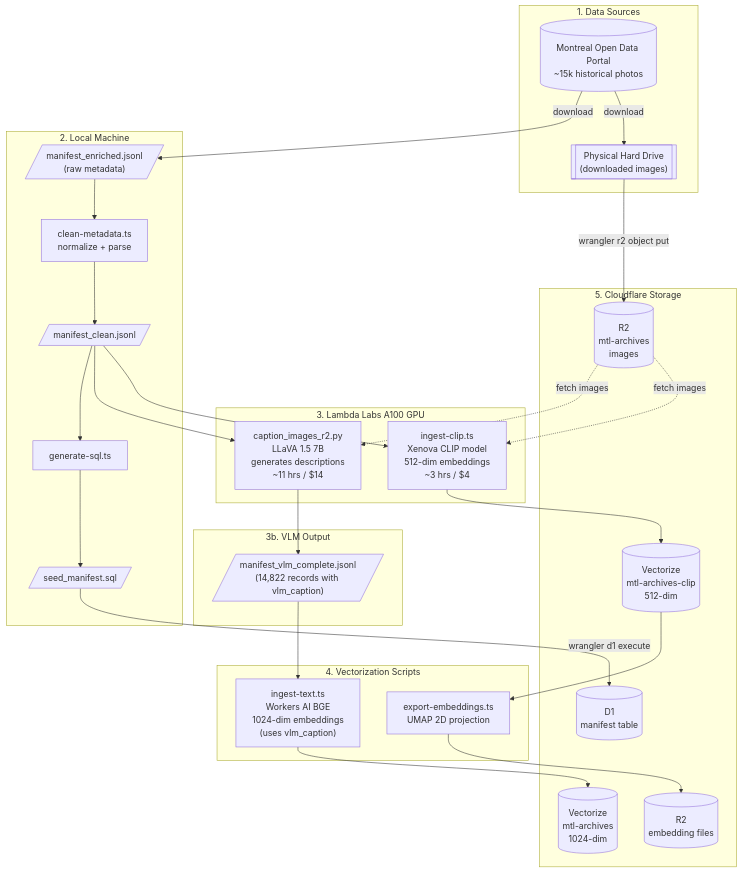
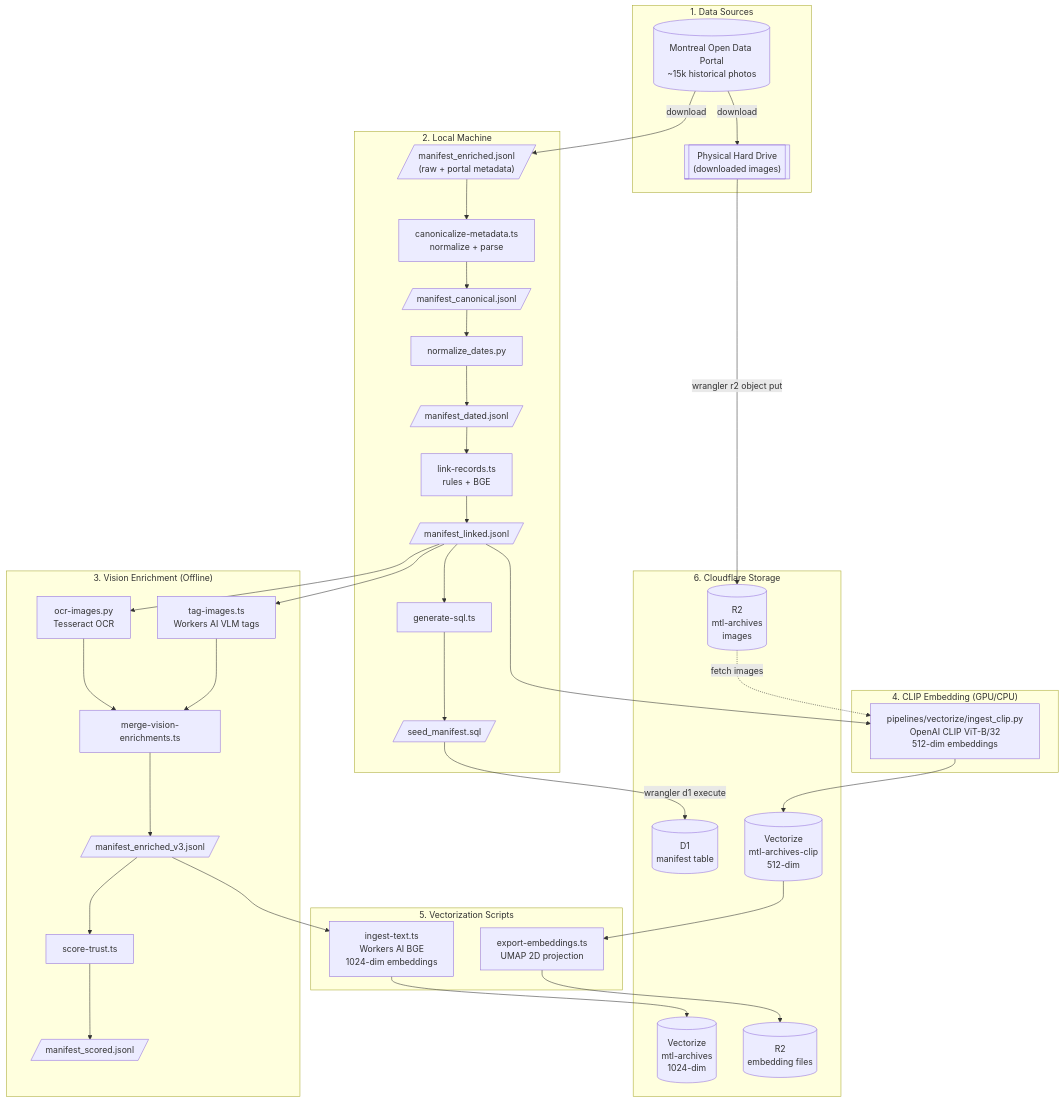
The diagram in docs/architecture.mmd (zouantchaw/mtl-archives-search), drawn with Mermaid before and after one commit. The commit also changed 1 other file, not shown here.

Commit message:
Update architecture docs for vision enrichment

```diff
--- a/docs/architecture.mmd
+++ b/docs/architecture.mmd
@@ -1,68 +1,76 @@
 %% MTL Archives Search - System Architecture
 %% Render each section separately in a Mermaid viewer
 
 %% ============================================
 %% DIAGRAM 1: ONE-TIME DATA PIPELINE
 %% ============================================
 %% Copy from "flowchart TB" to the "---" separator
 
 flowchart TB
     subgraph Sources["1. Data Sources"]
         PORTAL[("Montreal Open Data Portal<br/>~15k historical photos")]
         HDD[["Physical Hard Drive<br/>(downloaded images)"]]
     end
 
     subgraph LocalMachine["2. Local Machine"]
-        MANIFEST[/"manifest_enriched.jsonl<br/>(raw metadata)"/]
-        CLEAN["clean-metadata.ts<br/>normalize + parse"]
-        MANIFEST_CLEAN[/"manifest_clean.jsonl"/]
+        MANIFEST_RAW[/"manifest_enriched.jsonl<br/>(raw + portal metadata)"/]
+        CANONICAL["canonicalize-metadata.ts<br/>normalize + parse"]
+        MANIFEST_CANONICAL[/"manifest_canonical.jsonl"/]
+        DATES["normalize_dates.py"]
+        MANIFEST_DATED[/"manifest_dated.jsonl"/]
+        LINK["link-records.ts<br/>rules + BGE"]
+        MANIFEST_LINKED[/"manifest_linked.jsonl"/]
         GENSQL["generate-sql.ts"]
         SEED_SQL[/"seed_manifest.sql"/]
     end
 
-    subgraph GPU["3. Lambda Labs A100 GPU"]
-        VLM_CAPTION["caption_images_r2.py<br/>LLaVA 1.5 7B<br/>generates descriptions<br/>~11 hrs / $14"]
-        CLIP_INGEST["ingest-clip.ts<br/>Xenova CLIP model<br/>512-dim embeddings<br/>~3 hrs / $4"]
+    subgraph Vision["3. Vision Enrichment (Offline)"]
+        VLM_TAGS["tag-images.ts<br/>Workers AI VLM tags"]
+        OCR["ocr-images.py<br/>Tesseract OCR"]
+        MERGE["merge-vision-enrichments.ts"]
+        MANIFEST_ENRICHED[/"manifest_enriched_v3.jsonl"/]
+        SCORE["score-trust.ts"]
+        MANIFEST_SCORED[/"manifest_scored.jsonl"/]
     end
 
-    subgraph VLMOutput["3b. VLM Output"]
-        MANIFEST_VLM[/"manifest_vlm_complete.jsonl<br/>(14,822 records with vlm_caption)"/]
+    subgraph CLIP["4. CLIP Embedding (GPU/CPU)"]
+        CLIP_INGEST["pipelines/vectorize/ingest_clip.py<br/>OpenAI CLIP ViT-B/32<br/>512-dim embeddings"]
     end
 
-    subgraph Scripts["4. Vectorization Scripts"]
-        TEXT_INGEST["ingest-text.ts<br/>Workers AI BGE<br/>1024-dim embeddings<br/>(uses vlm_caption)"]
+    subgraph Scripts["5. Vectorization Scripts"]
+        TEXT_INGEST["ingest-text.ts<br/>Workers AI BGE<br/>1024-dim embeddings"]
         EXPORT["export-embeddings.ts<br/>UMAP 2D projection"]
     end
 
-    subgraph CF["5. Cloudflare Storage"]
+    subgraph CF["6. Cloudflare Storage"]
         R2[("R2<br/>mtl-archives<br/>images")]
         D1[("D1<br/>manifest table")]
         VEC_BGE[("Vectorize<br/>mtl-archives<br/>1024-dim")]
         VEC_CLIP[("Vectorize<br/>mtl-archives-clip<br/>512-dim")]
         R2_EMB[("R2<br/>embedding files")]
     end
 
     %% Flow
-    PORTAL -->|download| MANIFEST
+    PORTAL -->|download| MANIFEST_RAW
     PORTAL -->|download| HDD
     HDD -->|"wrangler r2 object put"| R2
 
-    MANIFEST --> CLEAN --> MANIFEST_CLEAN
-    MANIFEST_CLEAN --> GENSQL --> SEED_SQL
+    MANIFEST_RAW --> CANONICAL --> MANIFEST_CANONICAL --> DATES --> MANIFEST_DATED --> LINK --> MANIFEST_LINKED
+
+    MANIFEST_LINKED --> VLM_TAGS
+    MANIFEST_LINKED --> OCR
+    VLM_TAGS --> MERGE
+    OCR --> MERGE
+    MERGE --> MANIFEST_ENRICHED --> SCORE --> MANIFEST_SCORED
+
+    MANIFEST_LINKED --> GENSQL --> SEED_SQL
     SEED_SQL -->|"wrangler d1 execute"| D1
 
-    %% VLM Captioning (for photos with synthetic descriptions)
-    MANIFEST_CLEAN --> VLM_CAPTION
-    R2 -.->|fetch images| VLM_CAPTION
-    VLM_CAPTION --> MANIFEST_VLM
-
-    %% Text embeddings use VLM captions
-    MANIFEST_VLM --> TEXT_INGEST
+    MANIFEST_ENRICHED --> TEXT_INGEST
     TEXT_INGEST --> VEC_BGE
 
-    %% CLIP embeddings (visual search)
-    MANIFEST_CLEAN --> CLIP_INGEST
+    MANIFEST_LINKED --> CLIP_INGEST
     R2 -.->|fetch images| CLIP_INGEST
     CLIP_INGEST --> VEC_CLIP
 
     VEC_CLIP --> EXPORT --> R2_EMB
```
